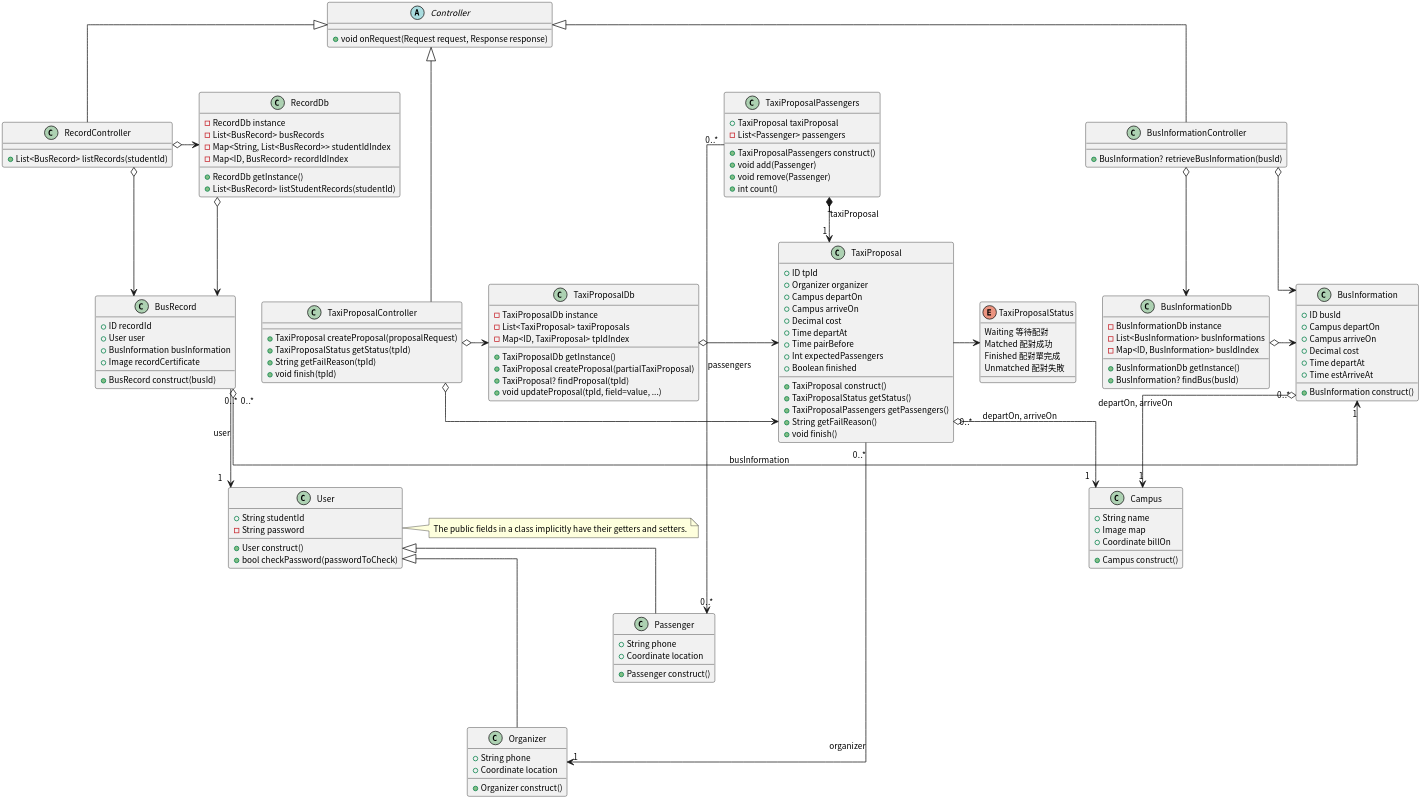
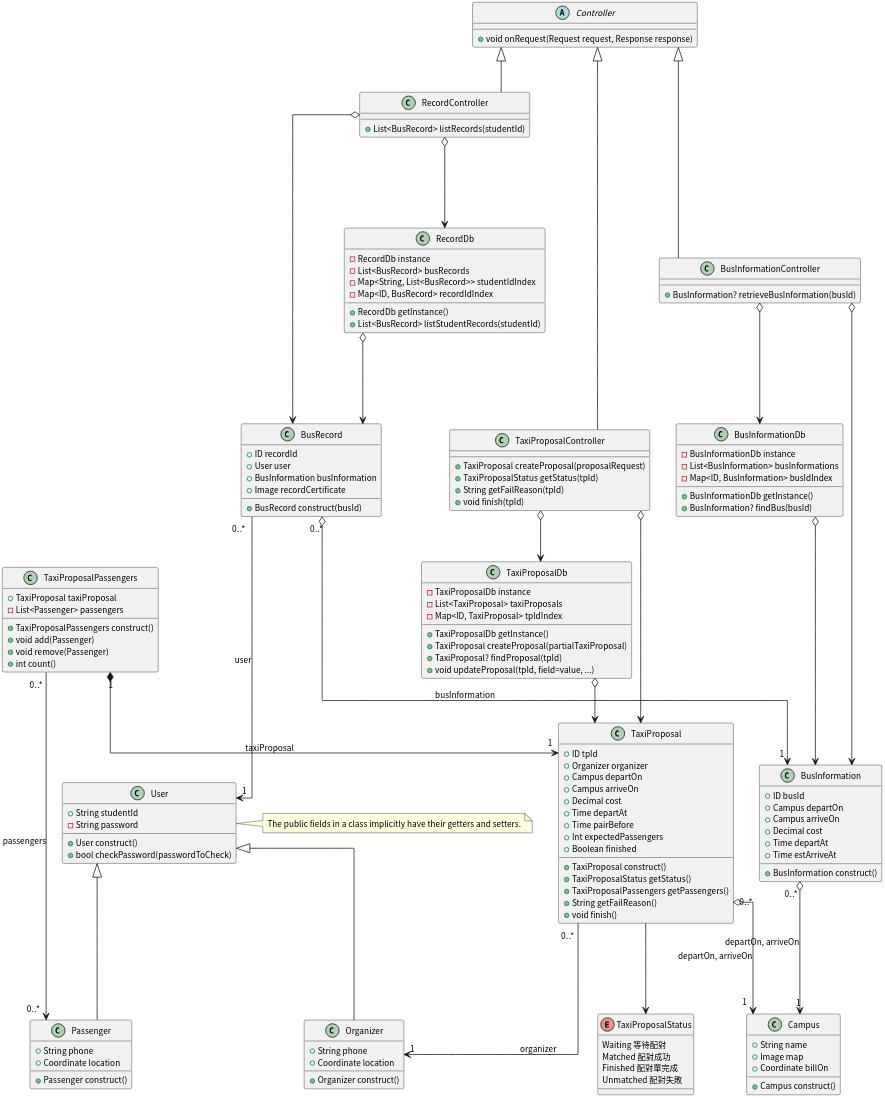
One commit to pan93412/nkust-homework changed the diagram in semester-4/system-analysis/class-diagram.plantuml. Above: the diagram before and after it, drawn with PlantUML.

Commit message:
s4: system-analysis: class diagram relayout

```diff
--- a/semester-4/system-analysis/class-diagram.plantuml
+++ b/semester-4/system-analysis/class-diagram.plantuml
@@ -1,157 +1,157 @@
 @startuml ClassDiagram
 
 skinparam linetype ortho
 skinparam dpi 300
 skinparam defaultFontSize 11
 skinparam defaultFontName "Noto Sans CJK TC"
 
 
 class User {
     +String studentId
     -String password
     +User construct()
     +bool checkPassword(passwordToCheck)
 }
 
 note right: The public fields in a class implicitly have their getters and setters.
 
 class Passenger {
     +String phone
     +Coordinate location
     +Passenger construct()
 }
-User <|-- Passenger
+User <|--- Passenger
 
 class Organizer {
     +String phone
     +Coordinate location
     +Organizer construct()
 }
 User <|--- Organizer
 
 class RecordController {
     +List<BusRecord> listRecords(studentId)
 }
-RecordController o--> BusRecord
-RecordController o-> RecordDb
+RecordController o---> BusRecord
+RecordController o---> RecordDb
 
 class RecordDb {
     -RecordDb instance
     -List<BusRecord> busRecords
     -Map<String, List<BusRecord>> studentIdIndex
     -Map<ID, BusRecord> recordIdIndex
     +RecordDb getInstance()
     +List<BusRecord> listStudentRecords(studentId)
 }
-RecordDb o-> BusRecord
+RecordDb o---> BusRecord
 
 class BusRecord {
     +ID recordId
     +User user
     +BusInformation busInformation
     +Image recordCertificate
     +BusRecord construct(busId)
 }
-BusRecord "0..*" --> "1" User: user
-BusRecord "0..*" o-> "1" BusInformation: busInformation
+BusRecord "0..*" ---> "1" User: user
+BusRecord "0..*" o---> "1" BusInformation: busInformation
 
 class BusInformationController {
     +BusInformation? retrieveBusInformation(busId)
 }
-BusInformationController o--> BusInformation
-BusInformationController o--> BusInformationDb
+BusInformationController o---> BusInformation
+BusInformationController o---> BusInformationDb
 
 class BusInformationDb {
     -BusInformationDb instance
     -List<BusInformation> busInformations
     -Map<ID, BusInformation> busIdIndex
     +BusInformationDb getInstance()
     +BusInformation? findBus(busId)
 }
-BusInformationDb o-> BusInformation
+BusInformationDb o---> BusInformation
 
 class BusInformation {
     +ID busId
     +Campus departOn
     +Campus arriveOn
     +Decimal cost
     +Time departAt
     +Time estArriveAt
     +BusInformation construct()
 }
-BusInformation "0..*" o--> "1" Campus: departOn, arriveOn
+BusInformation "0..*" o---> "1" Campus: departOn, arriveOn
 
 class Campus {
     +String name
     +Image map
     +Coordinate billOn
     +Campus construct()
 }
 
 class TaxiProposalPassengers {
     +TaxiProposal taxiProposal
     -List<Passenger> passengers
     +TaxiProposalPassengers construct()
     +void add(Passenger)
     +void remove(Passenger)
     +int count()
 }
-TaxiProposalPassengers "0..*" -> "0..*" Passenger: passengers
+TaxiProposalPassengers "0..*" --> "0..*" Passenger: passengers
 TaxiProposalPassengers "1" *--> "1" TaxiProposal: taxiProposal
 
 class TaxiProposalController {
     +TaxiProposal createProposal(proposalRequest)
     +TaxiProposalStatus getStatus(tpId)
     +String getFailReason(tpId)
     +void finish(tpId)
 }
-TaxiProposalController o-> TaxiProposal
-TaxiProposalController o-> TaxiProposalDb
+TaxiProposalController o--> TaxiProposal
+TaxiProposalController o--> TaxiProposalDb
 
 class TaxiProposalDb {
     -TaxiProposalDb instance
     -List<TaxiProposal> taxiProposals
     -Map<ID, TaxiProposal> tpIdIndex
     +TaxiProposalDb getInstance()
     +TaxiProposal createProposal(partialTaxiProposal)
     +TaxiProposal? findProposal(tpId)
     +void updateProposal(tpId, field=value, ...)
 }
-TaxiProposalDb o-> TaxiProposal
+TaxiProposalDb o--> TaxiProposal
 
 class TaxiProposal {
     +ID tpId
     +Organizer organizer
     +Campus departOn
     +Campus arriveOn
     +Decimal cost
     +Time departAt
     +Time pairBefore
     +Int expectedPassengers
     +Boolean finished
 
     +TaxiProposal construct()
     +TaxiProposalStatus getStatus()
     +TaxiProposalPassengers getPassengers()
     +String getFailReason()
     +void finish()
 }
 TaxiProposal "0..*" o--> "1" Campus: departOn, arriveOn
-TaxiProposal "0..*" --> "1" Organizer: organizer
-TaxiProposal -> TaxiProposalStatus
+TaxiProposal "0..*" ---> "1" Organizer: organizer
+TaxiProposal ---> TaxiProposalStatus
 
 enum TaxiProposalStatus {
     Waiting 等待配對
     Matched 配對成功
     Finished 配對單完成
     Unmatched 配對失敗
 }
 
 abstract class Controller {
     +void onRequest(Request request, Response response)
 }
 Controller <|-- RecordController
 Controller <|-- BusInformationController
 Controller <|-- TaxiProposalController
 
 @enduml
```
